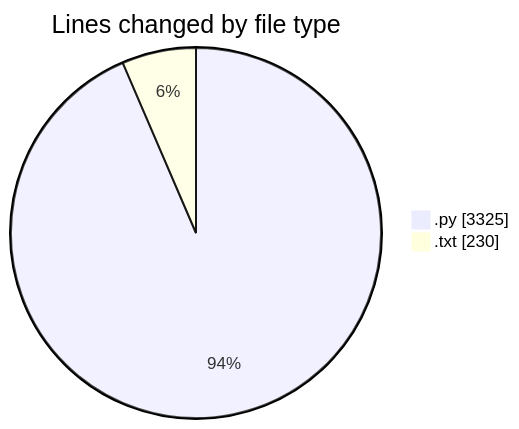
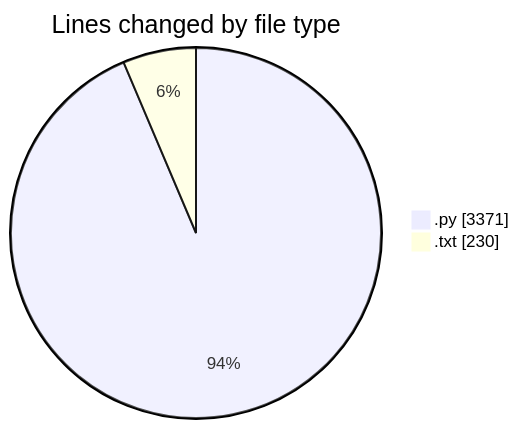
The first of 2 diagrams in 2025-05-26/zip_file/README.md (Ritupan-Deka/code-tracking), drawn with Mermaid before and after one commit. The commit also changed other lines of this file and 1 other file, not shown here.

````diff
--- a/2025-05-26/zip_file/README.md
+++ b/2025-05-26/zip_file/README.md
@@ -31,6 +31,6 @@
 ```mermaid
 pie showData
 title Lines changed by file type
-".py" : 3325
+".py" : 3371
 ".txt" : 230
 ```
````
